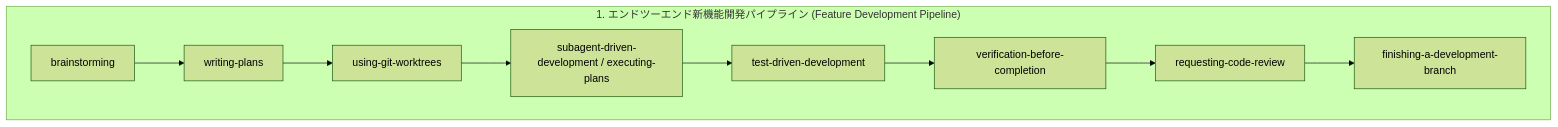
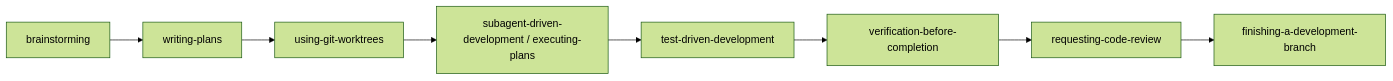
One commit to Poseidoncode/superpowers-mcp changed the first of 4 diagrams in docs/skill-compositions.ja.md. Above: the diagram before and after it, drawn with Mermaid (forest theme). The commit also changed other lines of this file and 7 other files, not shown here.

First line of the commit message:
docs(workflows): standardize 4-pipeline layouts and complete diagrams across multi-lingual docs

````diff
--- a/docs/skill-compositions.ja.md
+++ b/docs/skill-compositions.ja.md
@@ -26,12 +31,10 @@
 ```mermaid
-flowchart TD
-    subgraph FeaturePipeline["1. エンドツーエンド新機能開発パイプライン (Feature Development Pipeline)"]
-        F1[brainstorming] --> F2[writing-plans]
-        F2 --> F3[using-git-worktrees]
-        F3 --> F4[subagent-driven-development / executing-plans]
-        F4 --> F5[test-driven-development]
-        F5 --> F6[verification-before-completion]
-        F6 --> F7[requesting-code-review]
-        F7 --> F8[finishing-a-development-branch]
-    end
+flowchart LR
+    F1[brainstorming] --> F2[writing-plans]
+    F2 --> F3[using-git-worktrees]
+    F3 --> F4[subagent-driven-development / executing-plans]
+    F4 --> F5[test-driven-development]
+    F5 --> F6[verification-before-completion]
+    F6 --> F7[requesting-code-review]
+    F7 --> F8[finishing-a-development-branch]
 ```
````
